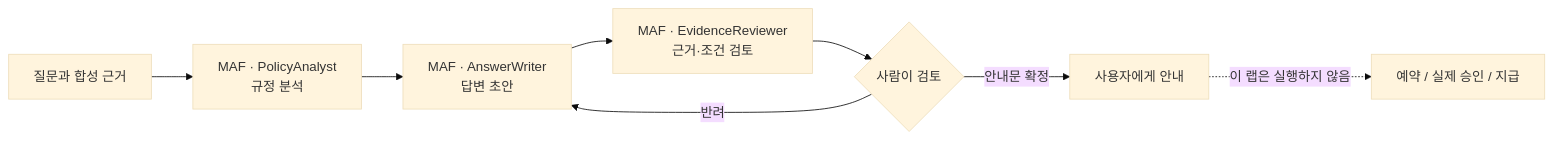
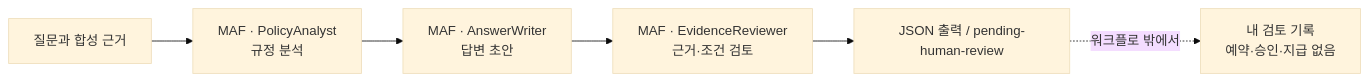
One commit to junwoojeong100/microsoft-foundry-v2-labs changed the diagram in docs/ko/labs/05-workflows.md. Above: the diagram before and after it, drawn with Mermaid (base theme). The commit also changed other lines of this file and 37 other files, not shown here.

````diff
--- a/docs/ko/labs/05-workflows.md
+++ b/docs/ko/labs/05-workflows.md
@@ -40,10 +40,8 @@
 ```mermaid
 flowchart LR
     Q["질문과 합성 근거"] --> A["MAF · PolicyAnalyst\n규정 분석"]
     A --> W["MAF · AnswerWriter\n답변 초안"]
     W --> R["MAF · EvidenceReviewer\n근거·조건 검토"]
-    R --> H{"사람이 검토"}
-    H -->|반려| W
-    H -->|안내문 확정| D["사용자에게 안내"]
-    D -. "이 랩은 실행하지 않음" .-> X["예약 / 실제 승인 / 지급"]
+    R --> O["JSON 출력 / pending-human-review"]
+    O -. "워크플로 밖에서" .-> H["내 검토 기록\n예약·승인·지급 없음"]
 ```
````
